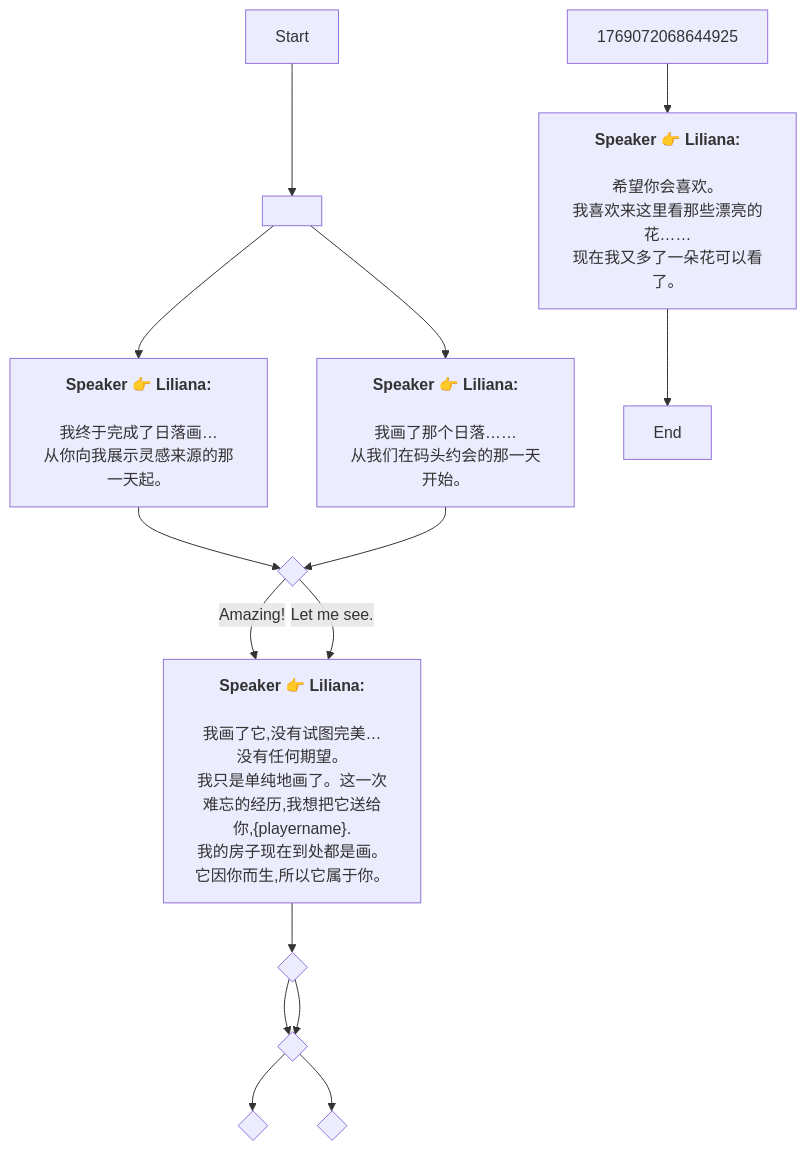
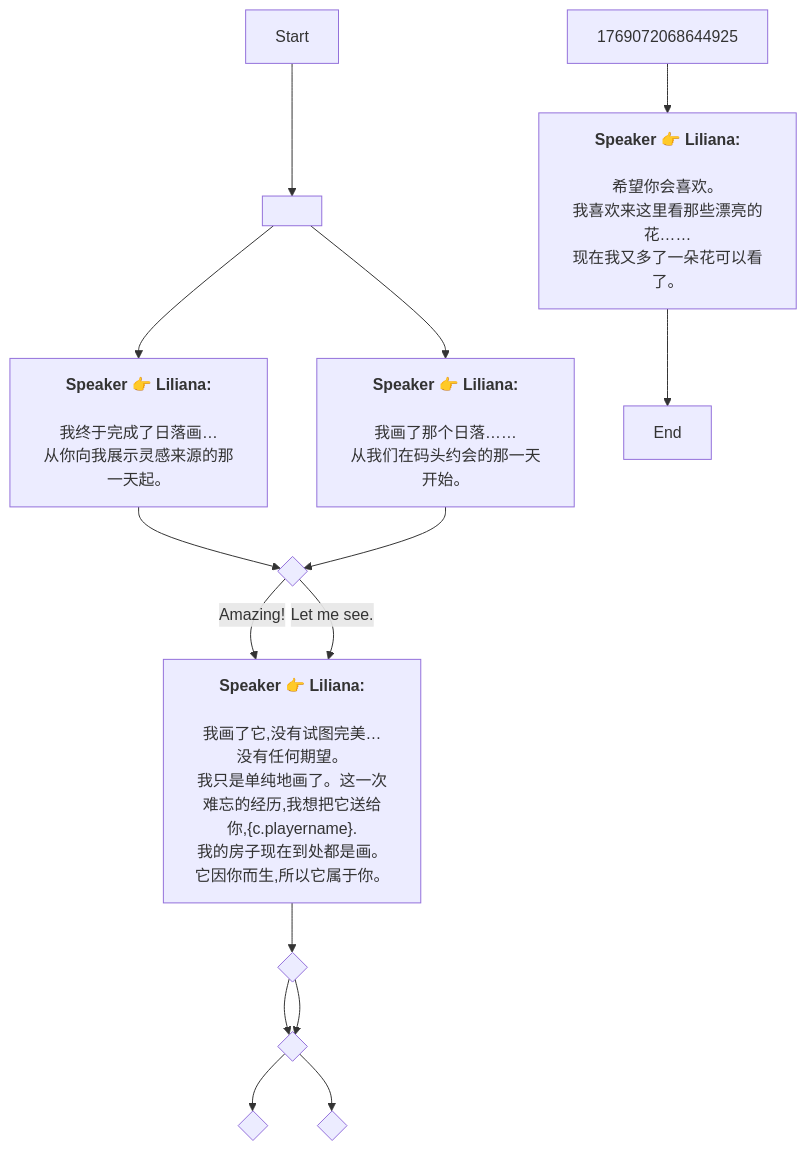
Before and after one commit to SoftHu/tos_avg: the diagram in Zh/Dialog_55283482638693.md, drawn with Mermaid. The commit also changed 410 other files, not shown here.

````diff
--- a/Zh/Dialog_55283482638693.md
+++ b/Zh/Dialog_55283482638693.md
@@ -1,30 +1,30 @@
 ```mermaid
 graph
 Start -->1769071820543015[ ]
 1769071820543015 -->1769071760548902[<b>Speaker 👉 Liliana:</b>
 \n我终于完成了日落画…
 从你向我展示灵感来源的那一天起。]
 1769071820543015 -->1769071861997608[<b>Speaker 👉 Liliana:</b>
 \n我画了那个日落……
 从我们在码头约会的那一天开始。]
 1769071760548902 -->442267940137225{ }
 1769071941941294 -->1769071990556719{ }
 1769071990556719 -->1769072035351605{ }
 1769071990556719 -->1769072035351605{ }
 1769072035351605 -->1769072008634416{ }
 1769072035351605 -->1769072045749306{ }
 1769072068644925 -->1769072096710718[<b>Speaker 👉 Liliana:</b>
 \n希望你会喜欢。
 我喜欢来这里看那些漂亮的花……\n现在我又多了一朵花可以看了。]
 1769072096710718 -->1769072246800447[End]
 1769071861997608 -->442267940137225{ }
-442267940137225 -->|Amazing! |1769071941941294[<b>Speaker 👉 Liliana:</b>
+442267940137225 -->|Amazing!|1769071941941294[<b>Speaker 👉 Liliana:</b>
 \n我画了它,没有试图完美…
-没有任何期望。\n我只是单纯地画了。这一次难忘的经历,我想把它送给你,&lbrace;playername&rbrace;.\n我的房子现在到处都是画。
+没有任何期望。\n我只是单纯地画了。这一次难忘的经历,我想把它送给你,&lbrace;c.playername&rbrace;.\n我的房子现在到处都是画。
 它因你而生,所以它属于你。]
-442267940137225 -->|Let me see.  |1769071941941294[<b>Speaker 👉 Liliana:</b>
+442267940137225 -->|Let me see.|1769071941941294[<b>Speaker 👉 Liliana:</b>
 \n我画了它,没有试图完美…
-没有任何期望。\n我只是单纯地画了。这一次难忘的经历,我想把它送给你,&lbrace;playername&rbrace;.\n我的房子现在到处都是画。
+没有任何期望。\n我只是单纯地画了。这一次难忘的经历,我想把它送给你,&lbrace;c.playername&rbrace;.\n我的房子现在到处都是画。
 它因你而生,所以它属于你。]
 
 ```
````
